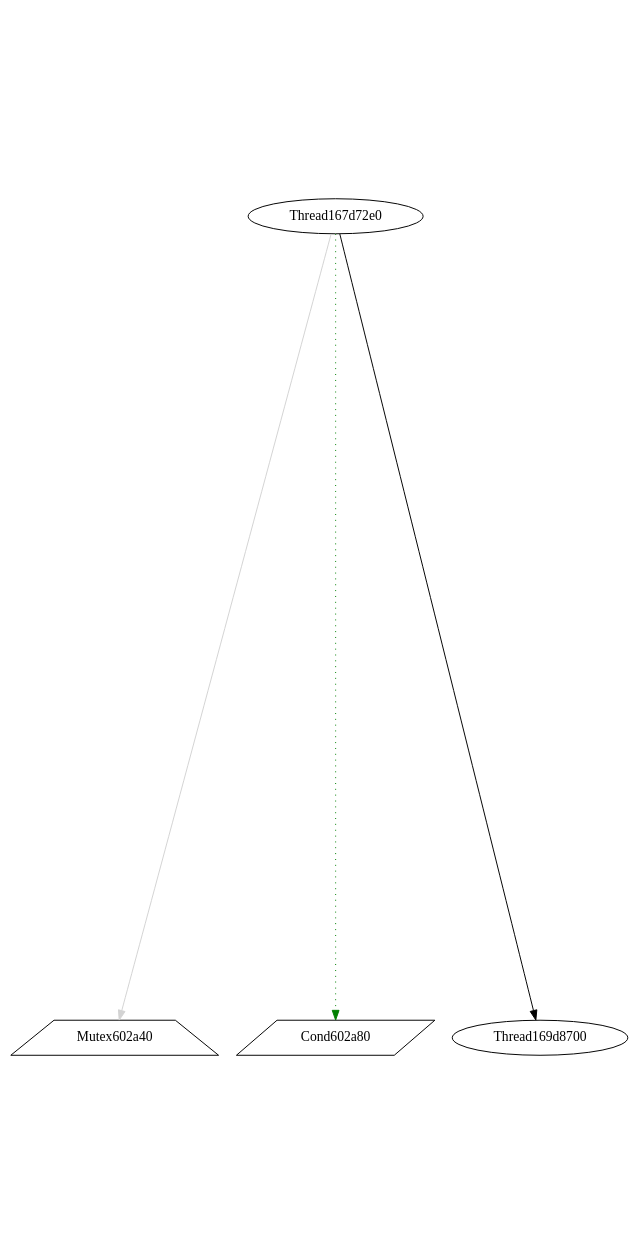
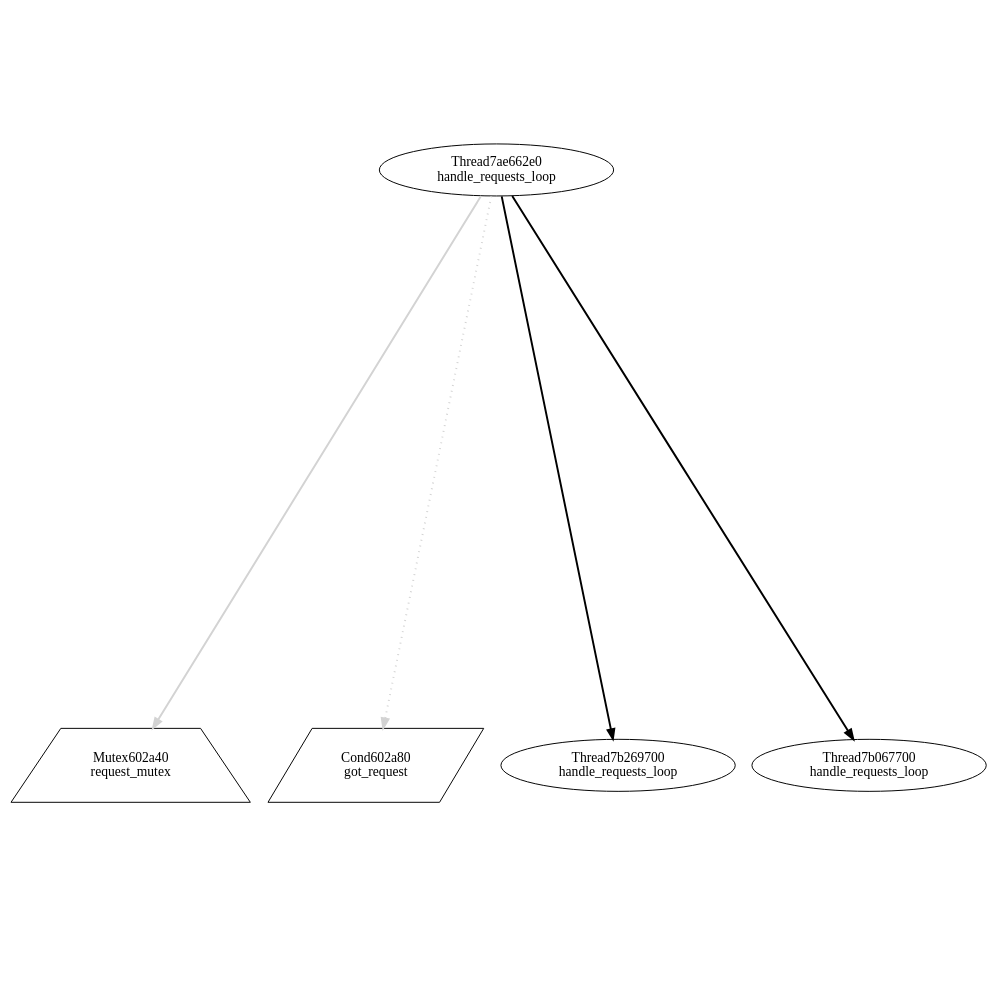
The diagram in view/dot/graph015.dot (v4o6/cs410), drawn with Graphviz before and after one commit. The commit also changed 289 other files, not shown here.

```diff
--- a/view/dot/graph015.dot
+++ b/view/dot/graph015.dot
@@ -1,10 +1,12 @@
 digraph G {
-graph[center=true, ratio=2];
-Mutex602a40 [shape=trapezium,color=black];
-Cond602a80 [shape=parallelogram,color=black];
-Thread169d8700 [color=black];
-Thread167d72e0 [color=black];
-Thread167d72e0 -> Mutex602a40 [arrowhead=normal,color=lightgray];
-Thread167d72e0 -> Cond602a80 [style=dotted,color=green];
-Thread167d72e0 -> Thread169d8700 [arrowhead=normal];
+graph[center=true, ratio=1];
+Mutex602a40 [shape=trapezium,color=black,label="Mutex602a40\nrequest_mutex"];
+Cond602a80 [shape=parallelogram,color=black,label="Cond602a80\ngot_request"];
+Thread7ae662e0 [color=black,label="Thread7ae662e0\nhandle_requests_loop"];
+Thread7ae662e0 -> Mutex602a40 [arrowhead=normal,color=lightgray,penwidth=2];
+Thread7ae662e0 -> Cond602a80 [style=dotted,color=lightgray,penwidth=2];
+Thread7ae662e0 -> Thread7b269700 [arrowhead=normal,penwidth=2];
+Thread7ae662e0 -> Thread7b067700 [arrowhead=normal,penwidth=2];
+Thread7b269700 [color=black,label="Thread7b269700\nhandle_requests_loop"];
+Thread7b067700 [color=black,label="Thread7b067700\nhandle_requests_loop"];
 }
```
